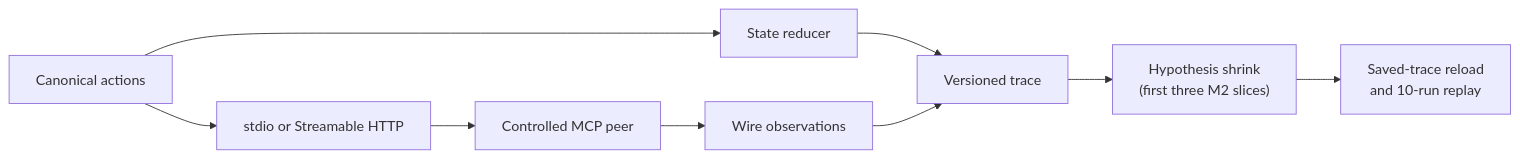
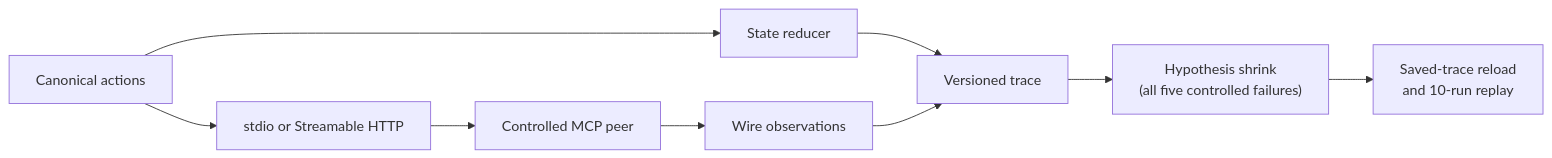
The diagram in README.md (lxingy3/mcp-statecheck), drawn with Mermaid before and after one commit. The commit also changed other lines of this file and 1 other file, not shown here.

````diff
--- a/README.md
+++ b/README.md
@@ -31,11 +30,11 @@
 ```mermaid
 flowchart LR
     A["Canonical actions"] --> B["State reducer"]
     A --> C["stdio or Streamable HTTP"]
     C --> D["Controlled MCP peer"]
     D --> E["Wire observations"]
     B --> F["Versioned trace"]
     E --> F
-    F --> G["Hypothesis shrink<br/>(first three M2 slices)"]
+    F --> G["Hypothesis shrink<br/>(all five controlled failures)"]
     G --> H["Saved-trace reload<br/>and 10-run replay"]
 ```
````
